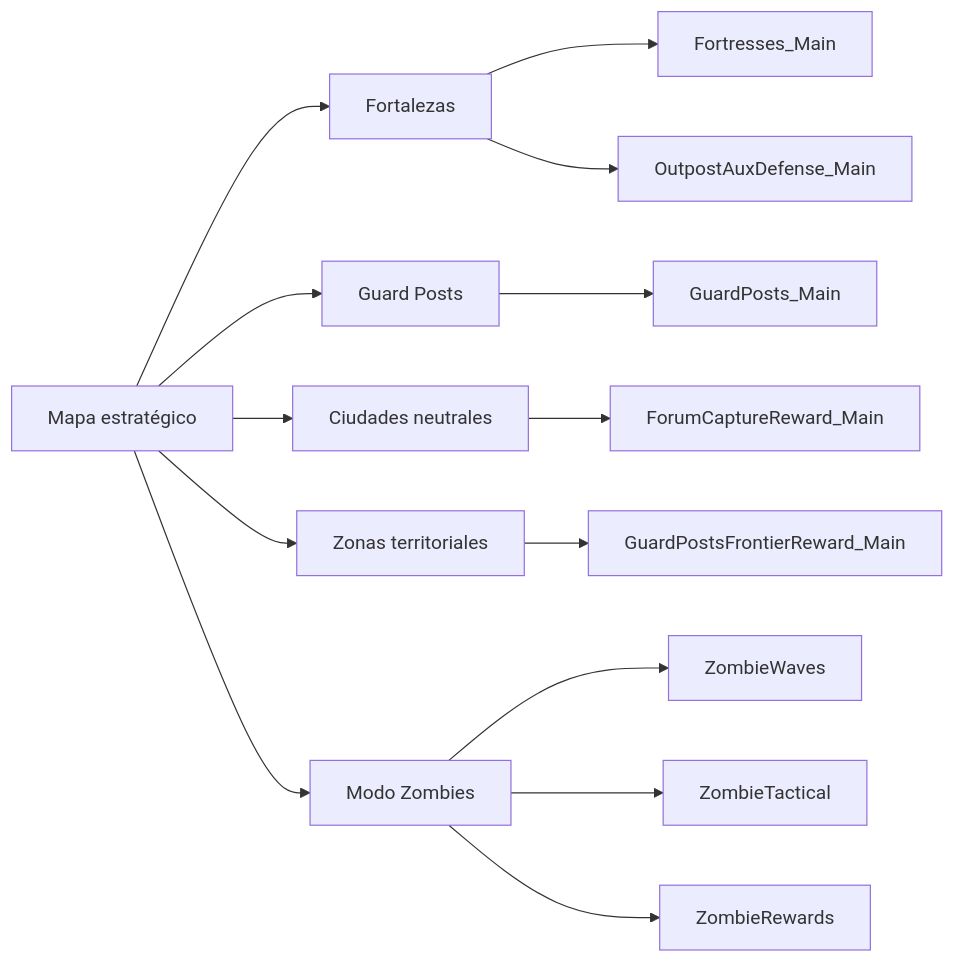
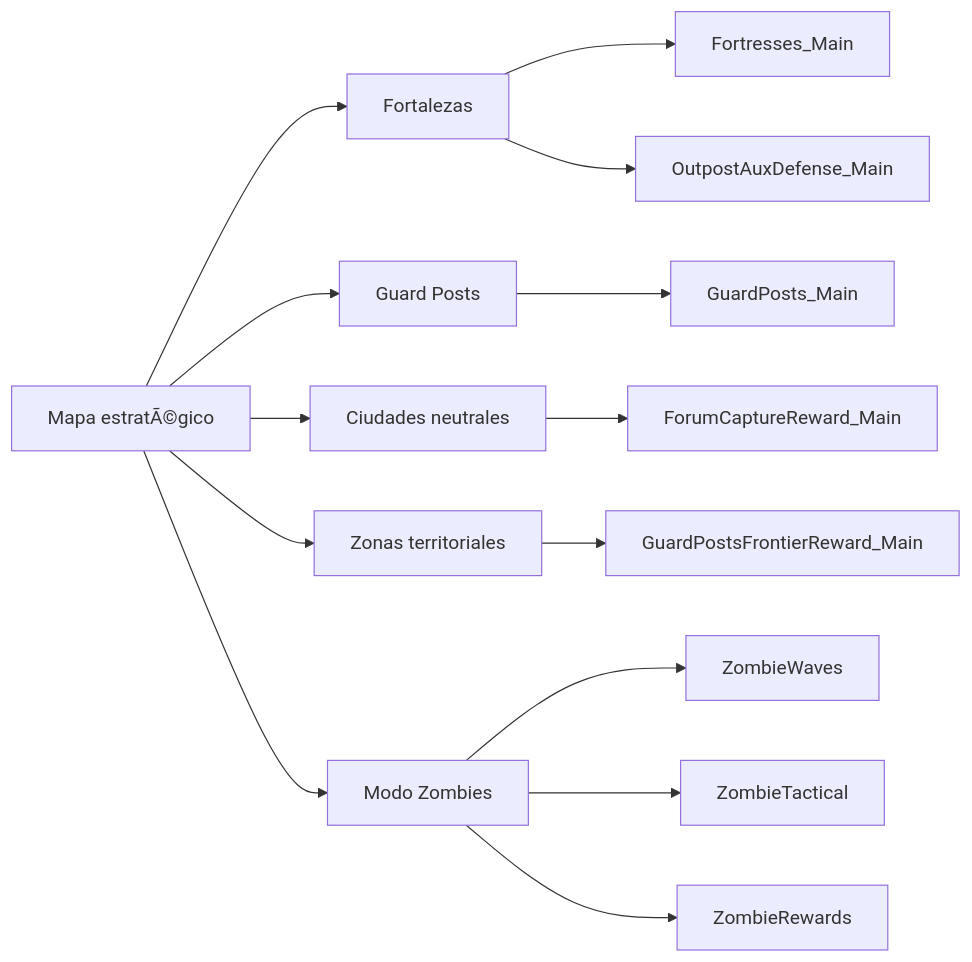
Before and after one commit to CarlosTorresCid/Imperivm-III-: the second of 2 diagrams in README.md, drawn with Mermaid. The commit also changed other lines of this file and 1 other file, not shown here.

Commit message:
Actualiza README, documentación, mapa y secuencias

````diff
--- a/README.md
+++ b/README.md
@@ -450,23 +451,23 @@
 ```mermaid
 flowchart LR
-    MAPA[Mapa estratégico]
+    MAPA[Mapa estratÃ©gico]
 
     MAPA --> FORT[Fortalezas]
     MAPA --> GP[Guard Posts]
     MAPA --> FORUM[Ciudades neutrales]
     MAPA --> ZONE[Zonas territoriales]
     MAPA --> ZOMBIE[Modo Zombies]
 
     FORT --> FMAIN[Fortresses_Main]
     FORT --> AUX[OutpostAuxDefense_Main]
 
     GP --> GPMAIN[GuardPosts_Main]
 
     FORUM --> FCR[ForumCaptureReward_Main]
 
     ZONE --> GFR[GuardPostsFrontierReward_Main]
 
     ZOMBIE --> ZW[ZombieWaves]
     ZOMBIE --> ZT[ZombieTactical]
     ZOMBIE --> ZR[ZombieRewards]
 ```
````
